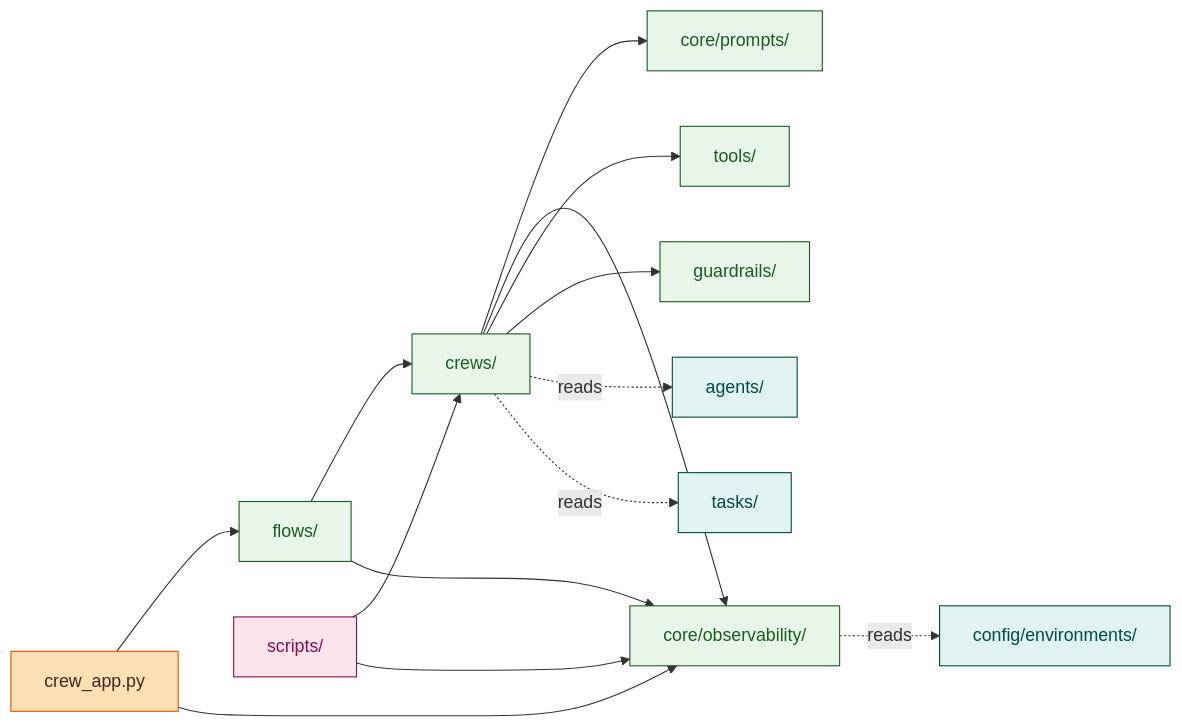
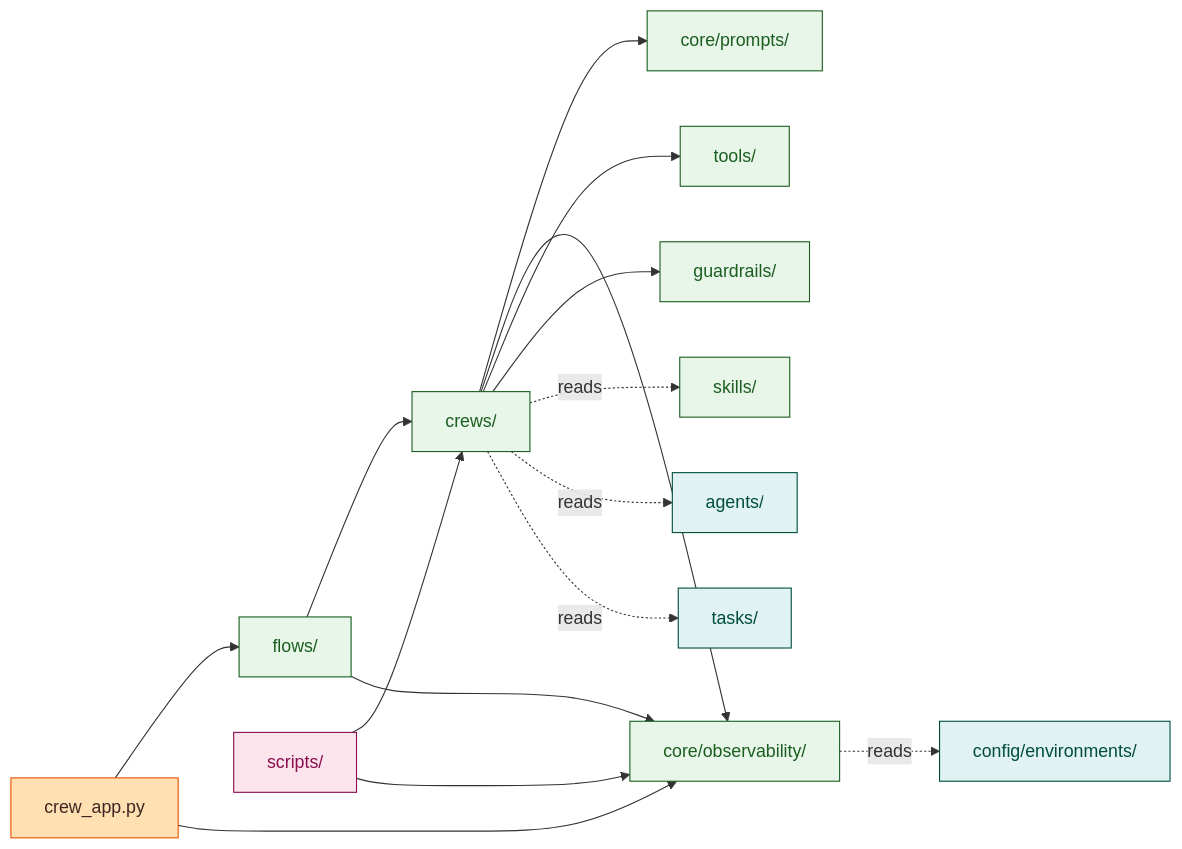
One commit to shengtong-design/langfuse-chat changed the second of 4 diagrams in SYSTEM_OVERVIEW.md. Above: the diagram before and after it, drawn with Mermaid. The commit also changed other lines of this file and 2 other files, not shown here.

First line of the commit message:
SYSTEM_OVERVIEW: promote skills to first-class concept

````diff
--- a/SYSTEM_OVERVIEW.md
+++ b/SYSTEM_OVERVIEW.md
@@ -86,33 +86,35 @@
 ```mermaid
 flowchart LR
     classDef app fill:#ffe0b2,stroke:#e65100,color:#3e2723;
     classDef domain fill:#e8f5e9,stroke:#1b5e20,color:#1b5e20;
     classDef config fill:#e0f2f1,stroke:#004d40,color:#004d40;
     classDef ops fill:#fce4ec,stroke:#880e4f,color:#880e4f;
 
     APP["crew_app.py"]:::app
     FLOWS["flows/"]:::domain
     CREWS["crews/"]:::domain
     TOOLS["tools/"]:::domain
     GUARDRAILS["guardrails/"]:::domain
+    SKILLS["skills/"]:::domain
     PROMPTS["core/prompts/"]:::domain
     OBS["core/observability/"]:::domain
     AGENTS_DIR["agents/"]:::config
     TASKS_DIR["tasks/"]:::config
     CONFIG_DIR["config/environments/"]:::config
     SCRIPTS_DIR["scripts/"]:::ops
 
     APP --> FLOWS
     APP --> OBS
     FLOWS --> CREWS
     FLOWS --> OBS
     CREWS --> PROMPTS
     CREWS --> OBS
     CREWS --> TOOLS
     CREWS --> GUARDRAILS
+    CREWS -.reads.-> SKILLS
     CREWS -.reads.-> AGENTS_DIR
     CREWS -.reads.-> TASKS_DIR
     OBS -.reads.-> CONFIG_DIR
     SCRIPTS_DIR --> CREWS
     SCRIPTS_DIR --> OBS
 ```
````
